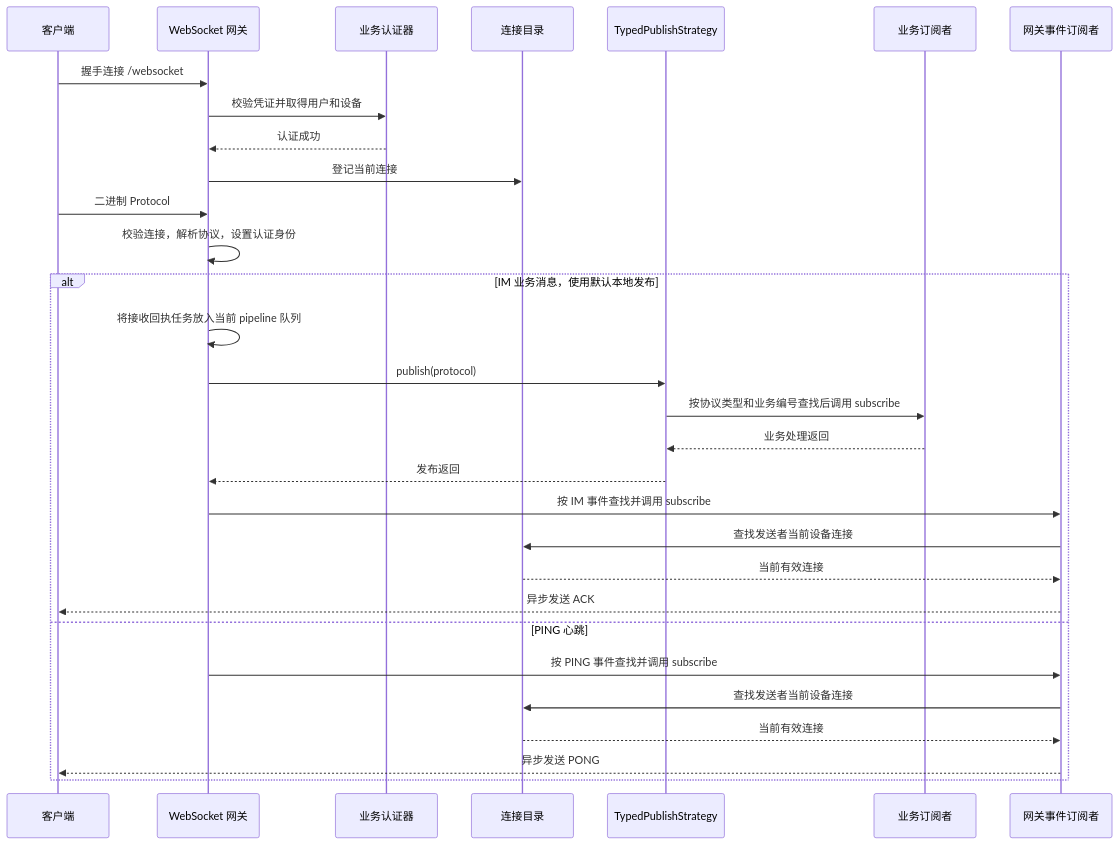
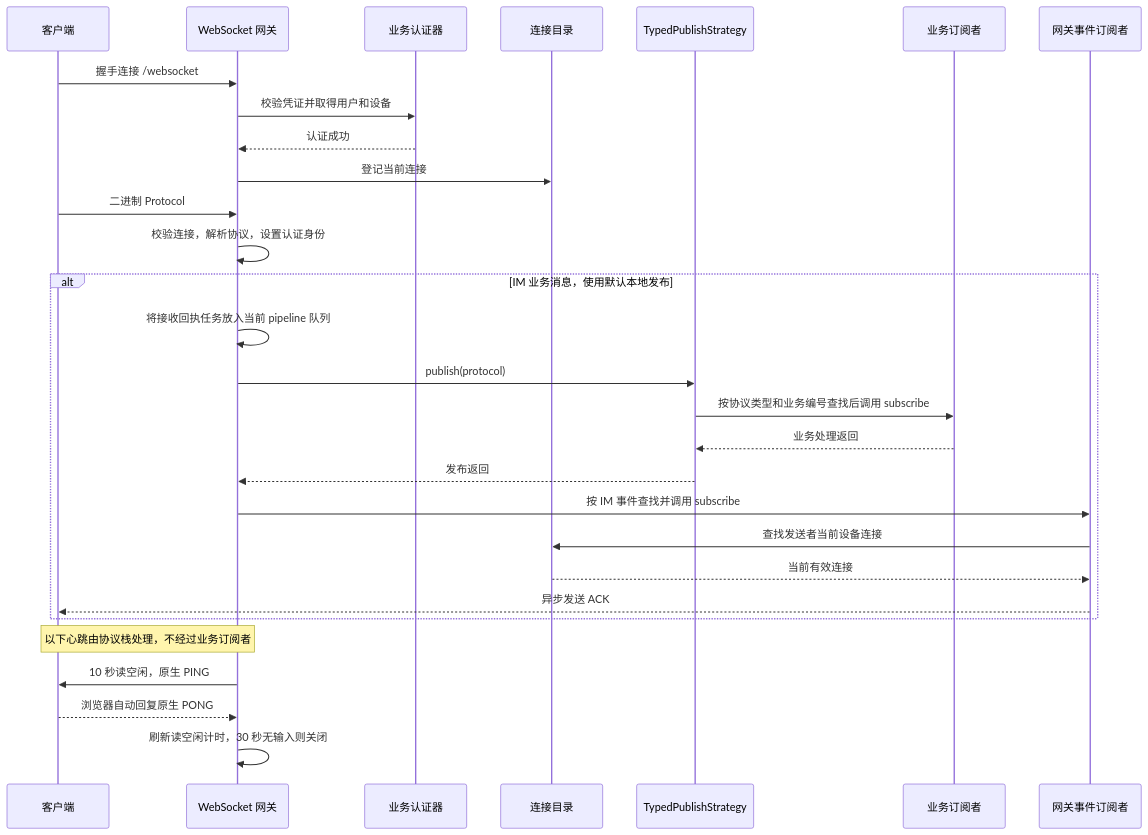
One commit to sparrowzoo/sparrow-messaging-gateway changed the fourth of 5 diagrams in README.md. Above: the diagram before and after it, drawn with Mermaid. The commit also changed other lines of this file and 35 other files, not shown here.

````diff
--- a/README.md
+++ b/README.md
@@ -212,32 +212,31 @@
 ```mermaid
 sequenceDiagram
     participant C as 客户端
     participant W as WebSocket 网关
     participant A as 业务认证器
     participant R as 连接目录
     participant P as TypedPublishStrategy
     participant B as 业务订阅者
     participant E as 网关事件订阅者
     C->>W: 握手连接 /websocket
     W->>A: 校验凭证并取得用户和设备
     A-->>W: 认证成功
     W->>R: 登记当前连接
     C->>W: 二进制 Protocol
     W->>W: 校验连接，解析协议，设置认证身份
     alt IM 业务消息，使用默认本地发布
         W->>W: 将接收回执任务放入当前 pipeline 队列
         W->>P: publish(protocol)
         P->>B: 按协议类型和业务编号查找后调用 subscribe
         B-->>P: 业务处理返回
         P-->>W: 发布返回
         W->>E: 按 IM 事件查找并调用 subscribe
         E->>R: 查找发送者当前设备连接
         R-->>E: 当前有效连接
         E-->>C: 异步发送 ACK
-    else PING 心跳
-        W->>E: 按 PING 事件查找并调用 subscribe
-        E->>R: 查找发送者当前设备连接
-        R-->>E: 当前有效连接
-        E-->>C: 异步发送 PONG
     end
+    Note over C,W: 以下心跳由协议栈处理，不经过业务订阅者
+    W->>C: 10 秒读空闲，原生 PING
+    C-->>W: 浏览器自动回复原生 PONG
+    W->>W: 刷新读空闲计时，30 秒无输入则关闭
 ```
````
